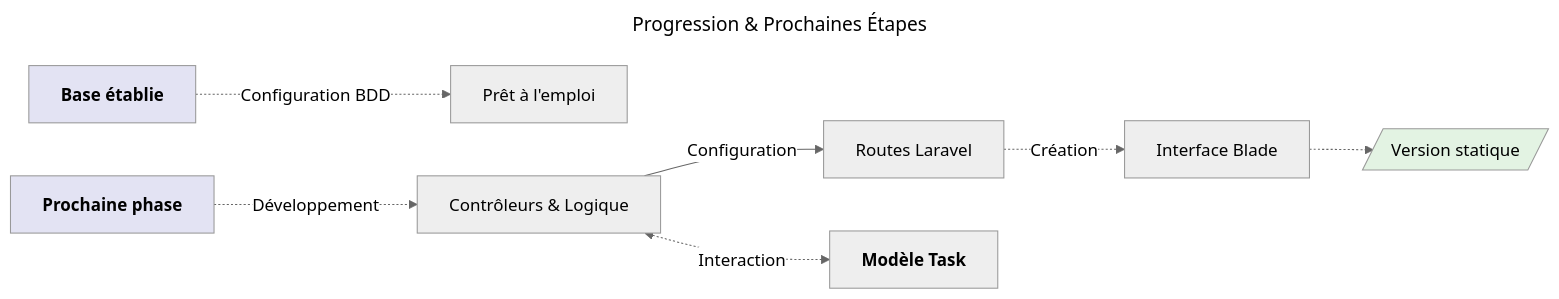
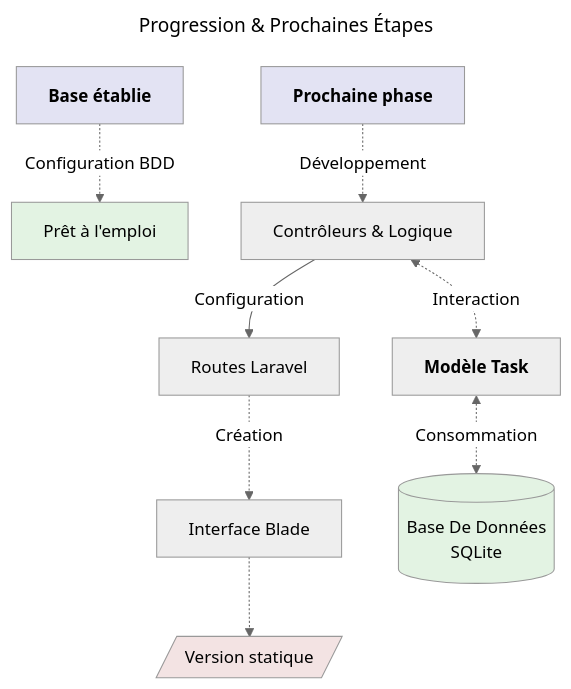
Before and after one commit to zyrass/omnyforge: the first of 5 diagrams in docs/dev-cloud/stacks/tall/todolist/interface-laravel-avec-vues.mdx, drawn with Mermaid. The commit also changed other lines of this file, not shown here.

First line of the commit message:
doc: add interface blade

````diff
--- a/docs/dev-cloud/stacks/tall/todolist/interface-laravel-avec-vues.mdx
+++ b/docs/dev-cloud/stacks/tall/todolist/interface-laravel-avec-vues.mdx
@@ -5,15 +11,18 @@
 ```mermaid
 ---
 title: Progression & Prochaines Étapes
 config:
   theme: 'neutral'
 ---
-graph LR
+graph TB
     A[<b>Base établie</b>] -.-> |Configuration BDD| B["Prêt à l'emploi"]
-    C[<b>Prochaine phase</b>] -.->|Développement|D[Contrôleurs & Logique] --> |Configuration| E[Routes Laravel] -.->|Création| F[Interface Blade] -.-> G[/Version statique/]
-    D <-.->|Interaction| H[<b>Modèle Task</b>]
+    C[<b>Prochaine phase</b>] -.->|Développement|D[Contrôleurs & Logique] --> |Configuration| E[Routes Laravel]
+    E[Routes Laravel] -.->|Création| F[Interface Blade] -.-> G[/Version statique/]
+    D <-.->|Interaction| H[<b>Modèle Task</b>] <-.->|Consommation| I[(Base De Données<br />SQLite)]
 
     style A fill:#e3e3f3
     style C fill:#e3e3f3
-    style G fill:#e3f3e3
+    style B fill:#e3f3e3
+    style G fill:#f3e3e3
+    style I fill:#e3f3e3
 ```
````
